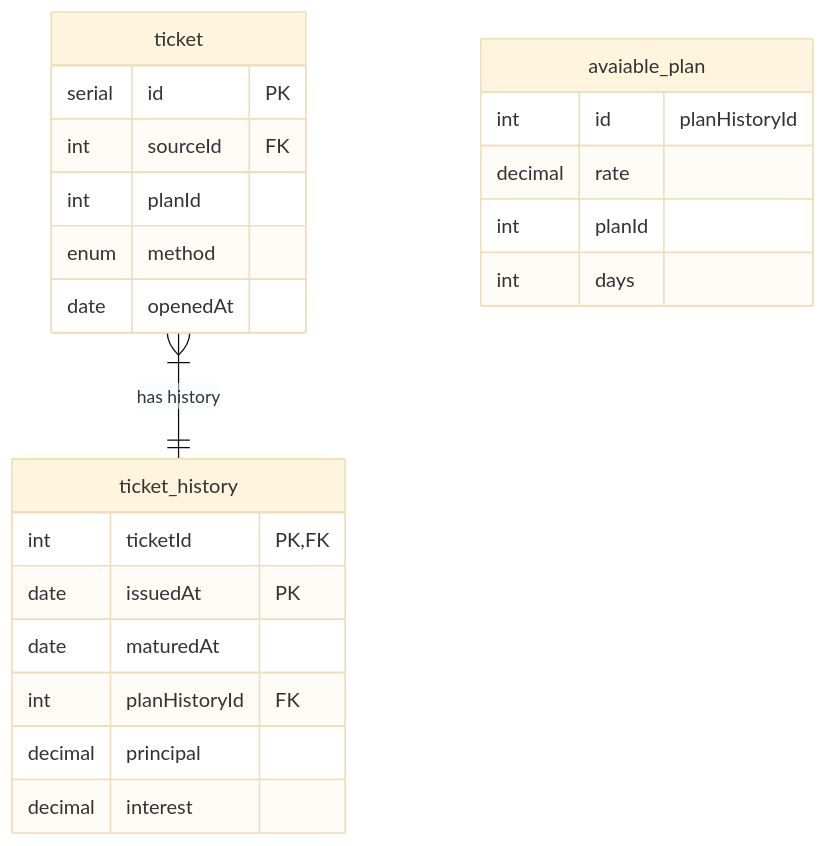
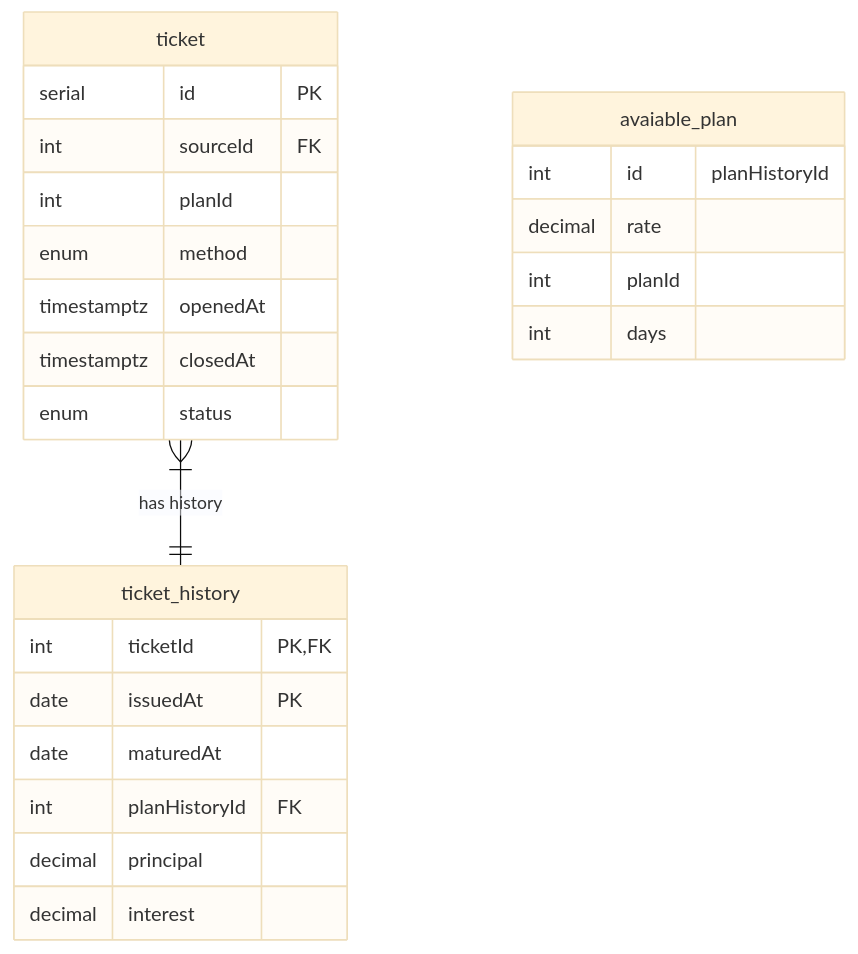
Before and after one commit to coinhub-uit/coinhub-uit.github.io: the first of 4 diagrams in docs/diagrams/database/ticket-creation.md, drawn with Mermaid (base theme). The commit also changed 1 other file, not shown here.

Commit message:
feat(db/ticket): add ticket status

````diff
--- a/docs/diagrams/database/ticket-creation.md
+++ b/docs/diagrams/database/ticket-creation.md
@@ -11,28 +11,30 @@
 ```mermaid
 erDiagram
   ticket {
     serial id PK
     int sourceId FK
     int planId
     enum method
-    date openedAt
+    timestamptz openedAt
+    timestamptz closedAt
+    enum status
   }
 
   ticket_history {
     int ticketId PK,FK
     date issuedAt PK
     date maturedAt
     int planHistoryId FK
     decimal principal
     decimal interest
   }
 
   avaiable_plan {
     int id "planHistoryId"
     decimal rate
     int planId
     int days
   }
 
   ticket }|--|| ticket_history : "has history"
 ```
````
